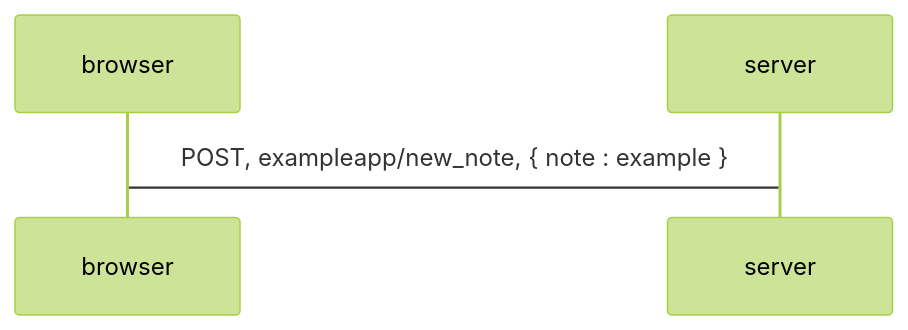
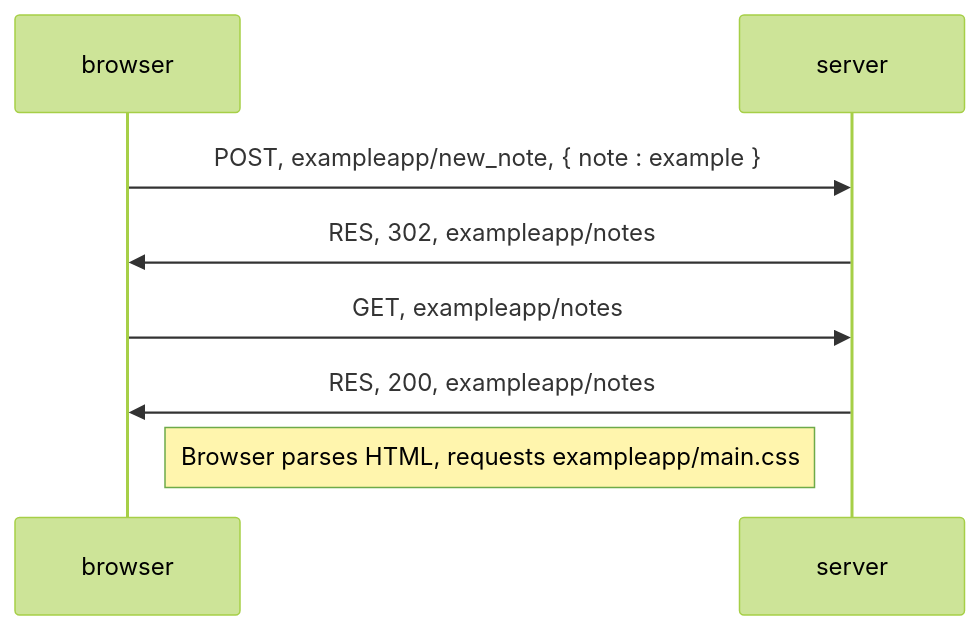
Before and after one commit to haydenlester/part0: the diagram in 0.4/newnotediagram.md, drawn with Mermaid (forest theme).

````diff
--- a/0.4/newnotediagram.md
+++ b/0.4/newnotediagram.md
@@ -1,4 +1,8 @@
 ```mermaid
 sequenceDiagram
-browser->server: POST, exampleapp/new_note, { note : example }
+browser->>server: POST, exampleapp/new_note, { note : example }
+server->>browser: RES, 302, exampleapp/notes
+browser->>server: GET, exampleapp/notes
+server->>browser: RES, 200, exampleapp/notes
+Note right of browser: Browser parses HTML, requests exampleapp/main.css
 ```
````
